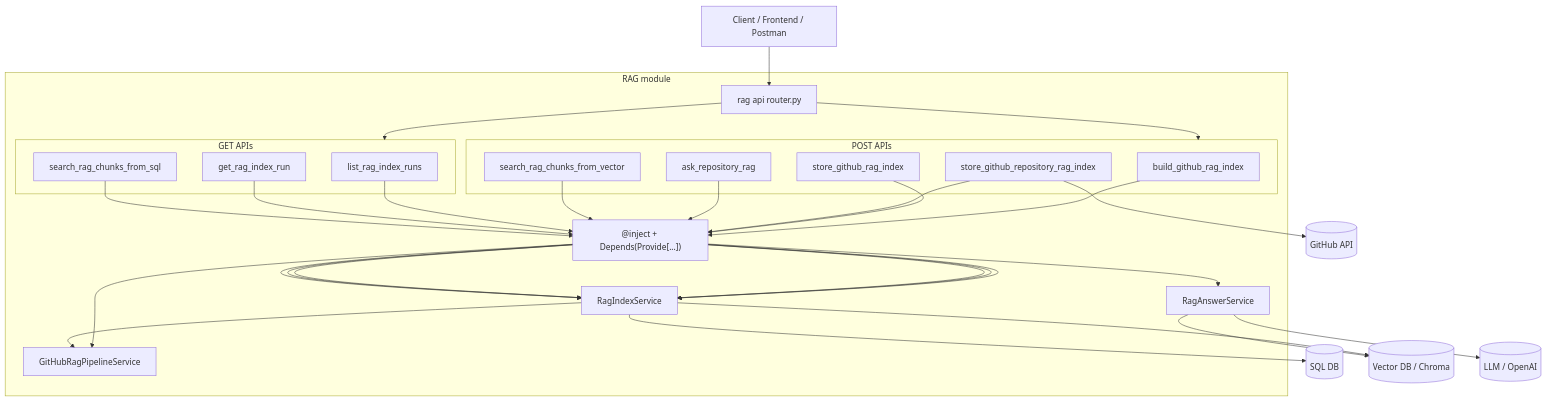
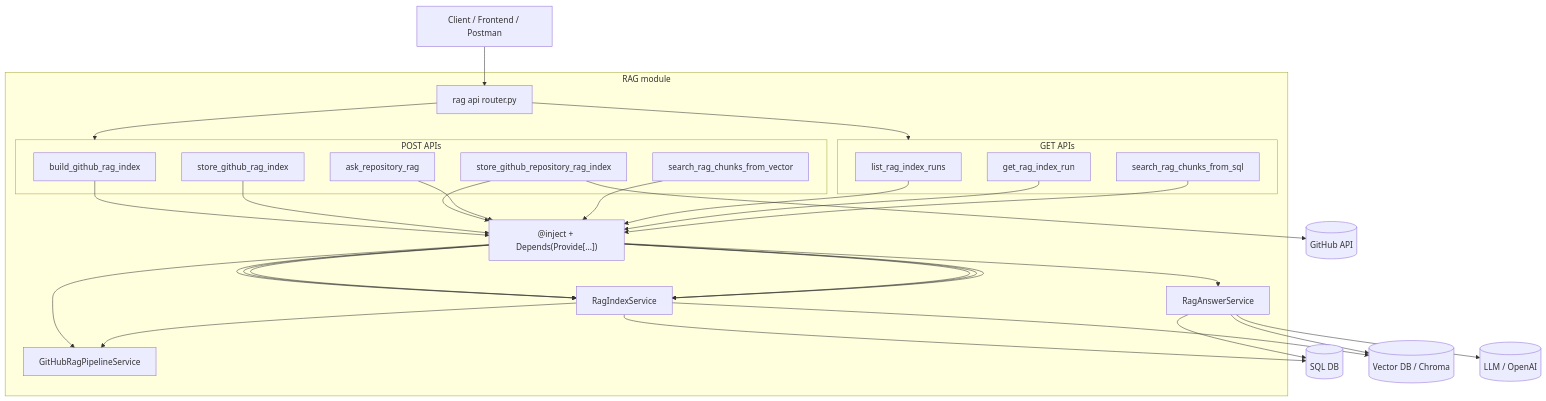
Before and after one commit to Jungle-303-04/warm-up: the first of 4 diagrams in docs/rag_study.md, drawn with Mermaid. The commit also changed other lines of this file and 16 other files, not shown here.

````diff
--- a/docs/rag_study.md
+++ b/docs/rag_study.md
@@ -41,53 +41,54 @@
 ```mermaid
 flowchart TB
     Client[Client / Frontend / Postman]
 
     subgraph RAG[RAG module]
         Router[rag api router.py]
 
         subgraph PostAPI[POST APIs]
             Build[build_github_rag_index]
             StoreFiles[store_github_rag_index]
             StoreRepo[store_github_repository_rag_index]
             Ask[ask_repository_rag]
             VectorSearch[search_rag_chunks_from_vector]
         end
 
         subgraph GetAPI[GET APIs]
             ListRuns[list_rag_index_runs]
             GetRun[get_rag_index_run]
             SqlSearch[search_rag_chunks_from_sql]
         end
 
         Inject["@inject + Depends(Provide[...])"]
 
         PipelineService[GitHubRagPipelineService]
         IndexService[RagIndexService]
         AnswerService[RagAnswerService]
     end
 
     GitHub[(GitHub API)]
     SQL[(SQL DB)]
     VectorDB[(Vector DB / Chroma)]
     LLM[(LLM / OpenAI)]
 
     Client --> Router
     Router --> PostAPI
     Router --> GetAPI
 
     Build --> Inject --> PipelineService
     StoreFiles --> Inject --> IndexService
     StoreRepo --> Inject --> IndexService
     Ask --> Inject --> AnswerService
     VectorSearch --> Inject --> IndexService
     ListRuns --> Inject --> IndexService
     GetRun --> Inject --> IndexService
     SqlSearch --> Inject --> IndexService
 
     StoreRepo --> GitHub
     IndexService --> PipelineService
     IndexService --> SQL
     IndexService --> VectorDB
+    AnswerService --> SQL
     AnswerService --> VectorDB
     AnswerService --> LLM
 ```
````
